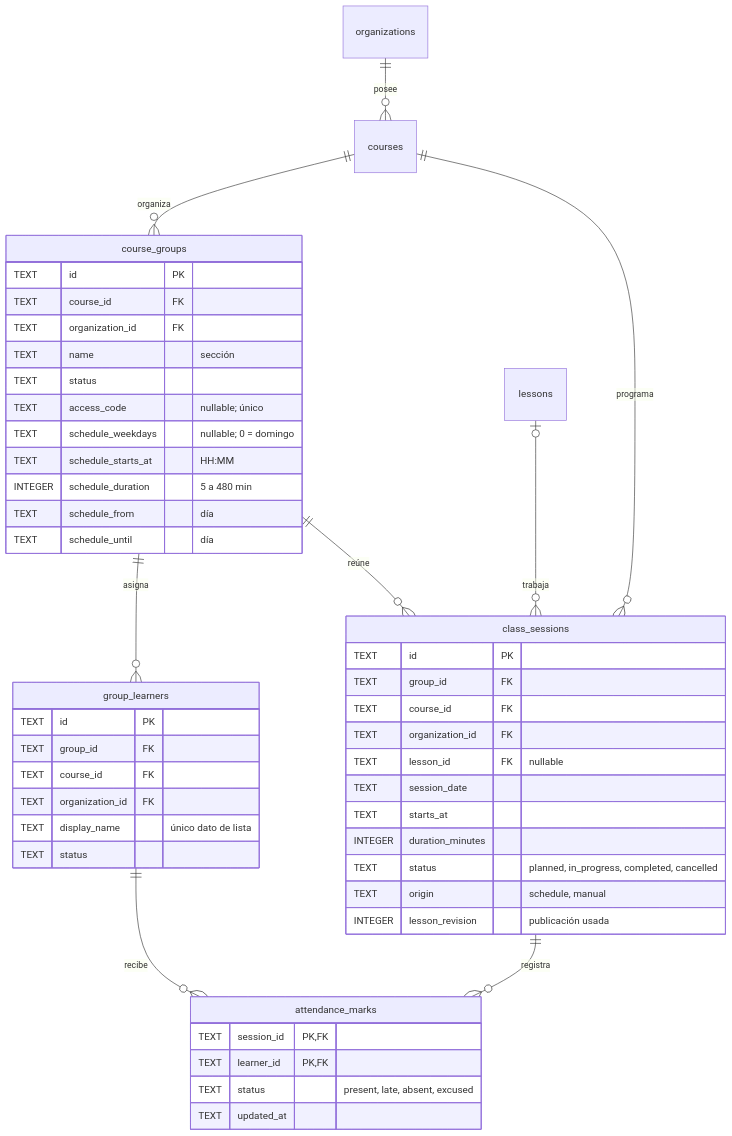
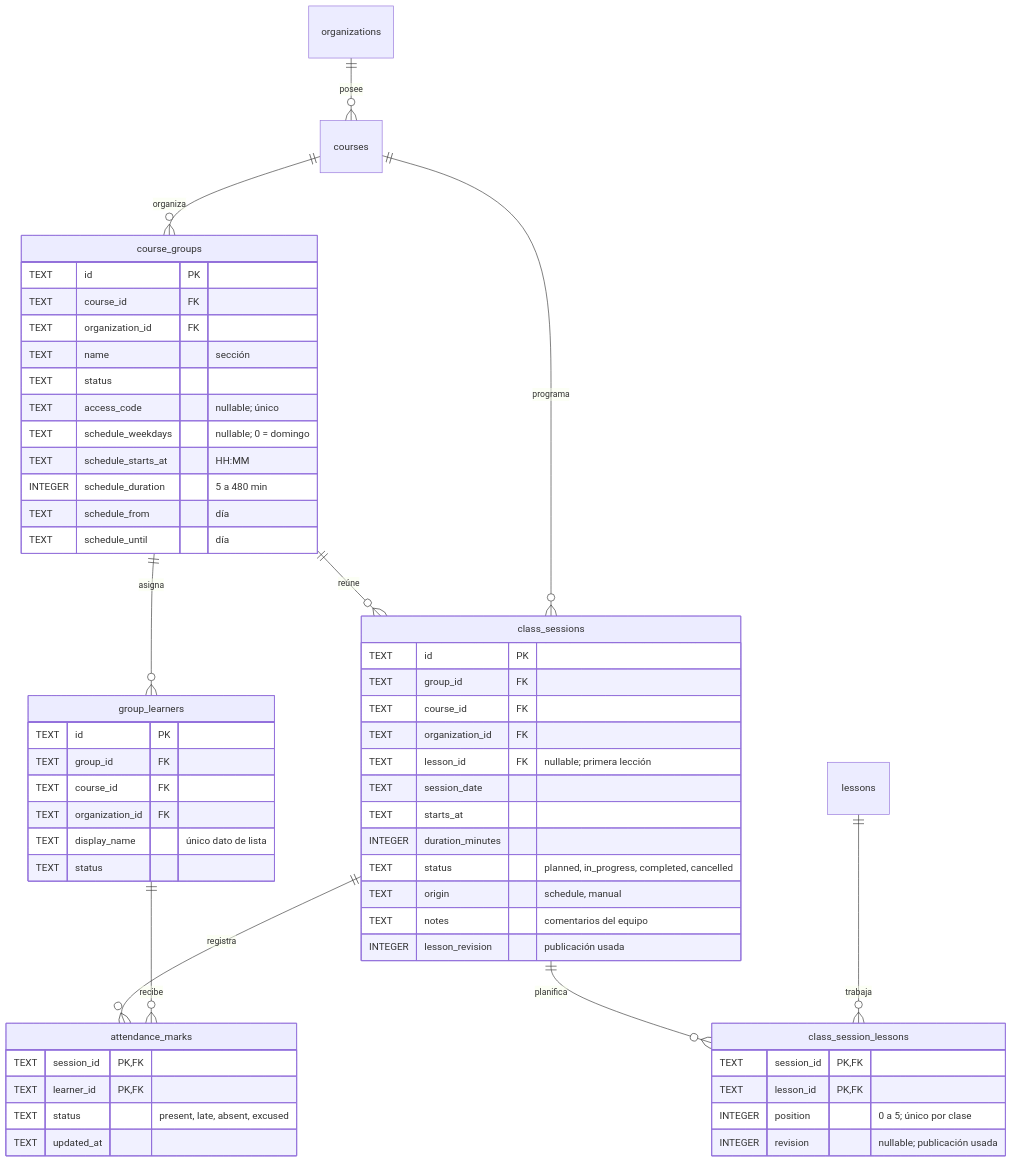
One commit to happy-learners-gt/happy-learners-platform changed the fourth of 8 diagrams in docs/redesign/base-de-datos.md. Above: the diagram before and after it, drawn with Mermaid. The commit also changed other lines of this file and 29 other files, not shown here.

````diff
--- a/docs/redesign/base-de-datos.md
+++ b/docs/redesign/base-de-datos.md
@@ -153,51 +153,59 @@
 ```mermaid
 erDiagram
   organizations ||--o{ courses : posee
   courses ||--o{ course_groups : organiza
   course_groups ||--o{ group_learners : asigna
   course_groups ||--o{ class_sessions : reúne
   courses ||--o{ class_sessions : programa
-  lessons o|--o{ class_sessions : trabaja
+  class_sessions ||--o{ class_session_lessons : planifica
+  lessons ||--o{ class_session_lessons : trabaja
   class_sessions ||--o{ attendance_marks : registra
   group_learners ||--o{ attendance_marks : recibe
   course_groups {
     TEXT id PK
     TEXT course_id FK
     TEXT organization_id FK
     TEXT name "sección"
     TEXT status
     TEXT access_code "nullable; único"
     TEXT schedule_weekdays "nullable; 0 = domingo"
     TEXT schedule_starts_at "HH:MM"
     INTEGER schedule_duration "5 a 480 min"
     TEXT schedule_from "día"
     TEXT schedule_until "día"
   }
   group_learners {
     TEXT id PK
     TEXT group_id FK
     TEXT course_id FK
     TEXT organization_id FK
     TEXT display_name "único dato de lista"
     TEXT status
   }
   class_sessions {
     TEXT id PK
     TEXT group_id FK
     TEXT course_id FK
     TEXT organization_id FK
-    TEXT lesson_id FK "nullable"
+    TEXT lesson_id FK "nullable; primera lección"
     TEXT session_date
     TEXT starts_at
     INTEGER duration_minutes
     TEXT status "planned, in_progress, completed, cancelled"
     TEXT origin "schedule, manual"
+    TEXT notes "comentarios del equipo"
     INTEGER lesson_revision "publicación usada"
+  }
+  class_session_lessons {
+    TEXT session_id PK,FK
+    TEXT lesson_id PK,FK
+    INTEGER position "0 a 5; único por clase"
+    INTEGER revision "nullable; publicación usada"
   }
   attendance_marks {
     TEXT session_id PK,FK
     TEXT learner_id PK,FK
     TEXT status "present, late, absent, excused"
     TEXT updated_at
   }
 ```
````
